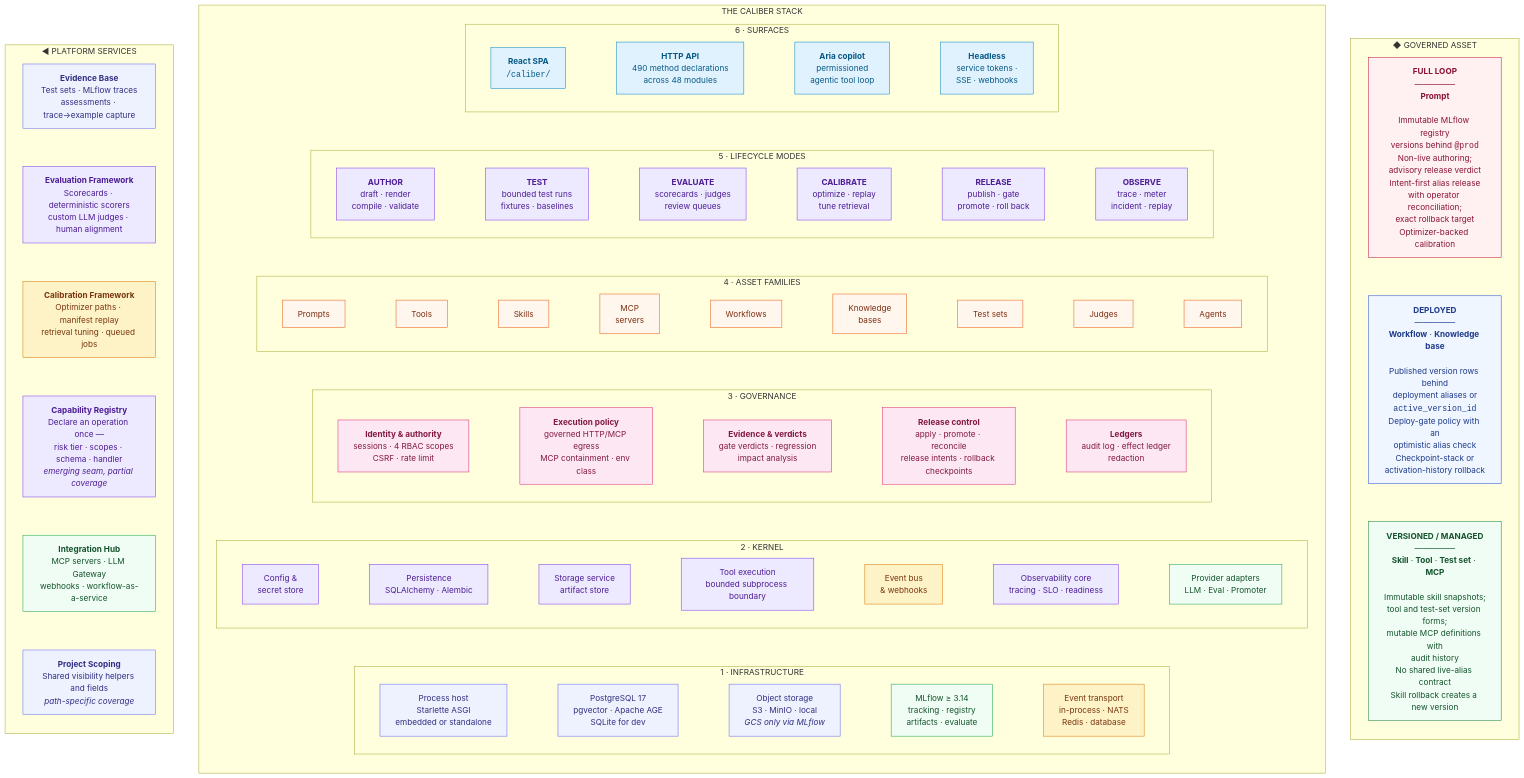
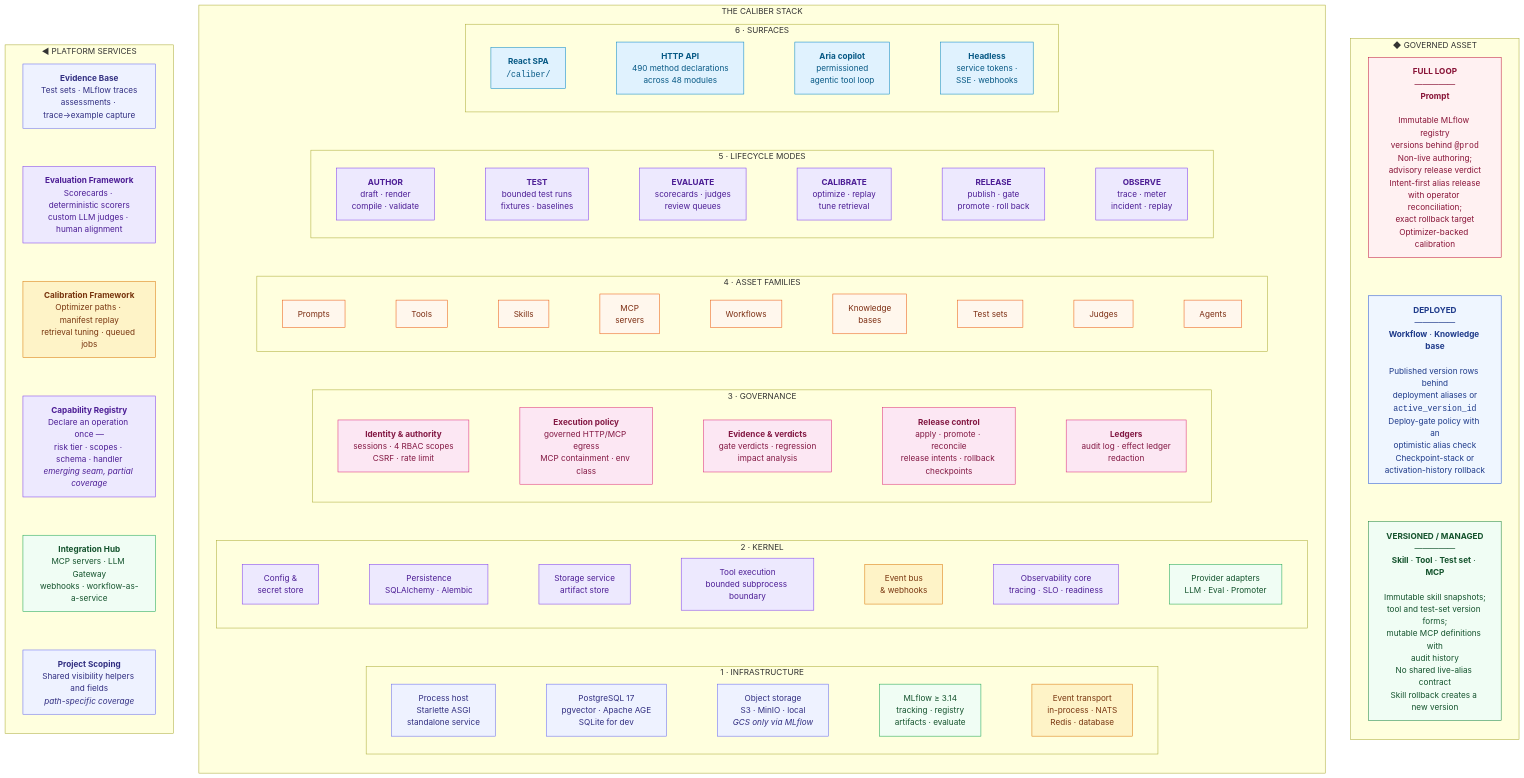
The first of 8 diagrams in ARCHITECTURE.md (rrahimi-uci/caliber-suite), drawn with Mermaid before and after one commit. The commit also changed other lines of this file and 53 other files, not shown here.

```diff
--- a/ARCHITECTURE.md
+++ b/ARCHITECTURE.md
@@ -160,7 +160,7 @@
 
     subgraph L1["1 · INFRASTRUCTURE"]
       direction LR
-      i1["Process host<br/>Starlette ASGI<br/>embedded or standalone"]:::store
+      i1["Process host<br/>Starlette ASGI<br/>standalone service"]:::store
       i2["PostgreSQL 17<br/>pgvector · Apache AGE<br/>SQLite for dev"]:::store
       i3["Object storage<br/>S3 · MinIO · local<br/><i>GCS only via MLflow</i>"]:::store
       i4["MLflow ≥ 3.14<br/>tracking · registry<br/>artifacts · evaluate"]:::ext
```
